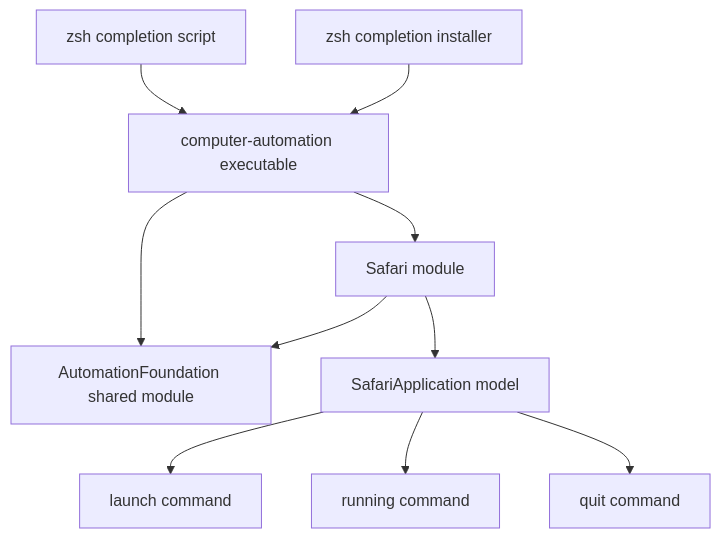
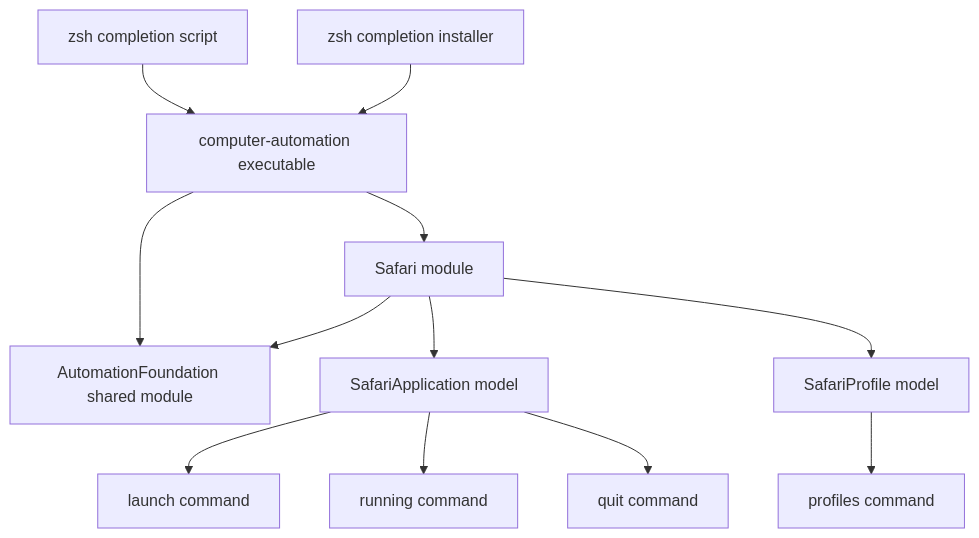
The diagram in docs/architecture.md (Glutexo/computer-automation), drawn with Mermaid before and after one commit. The commit also changed other lines of this file and 8 other files, not shown here.

Commit message:
feat: add safari profile model

````diff
--- a/docs/architecture.md
+++ b/docs/architecture.md
@@ -5,22 +5,26 @@
 ```mermaid
 flowchart TD
     App["computer-automation executable"]
     Foundation["AutomationFoundation shared module"]
     Zsh["zsh completion script"]
     ZshInstaller["zsh completion installer"]
     Safari["Safari module"]
     SafariApplication["SafariApplication model"]
+    SafariProfile["SafariProfile model"]
     Launch["launch command"]
     Running["running command"]
     Quit["quit command"]
+    Profiles["profiles command"]
 
     App --> Foundation
     Zsh --> App
     ZshInstaller --> App
     App --> Safari
     Safari --> Foundation
     Safari --> SafariApplication
+    Safari --> SafariProfile
     SafariApplication --> Launch
     SafariApplication --> Running
     SafariApplication --> Quit
+    SafariProfile --> Profiles
 ```
````
